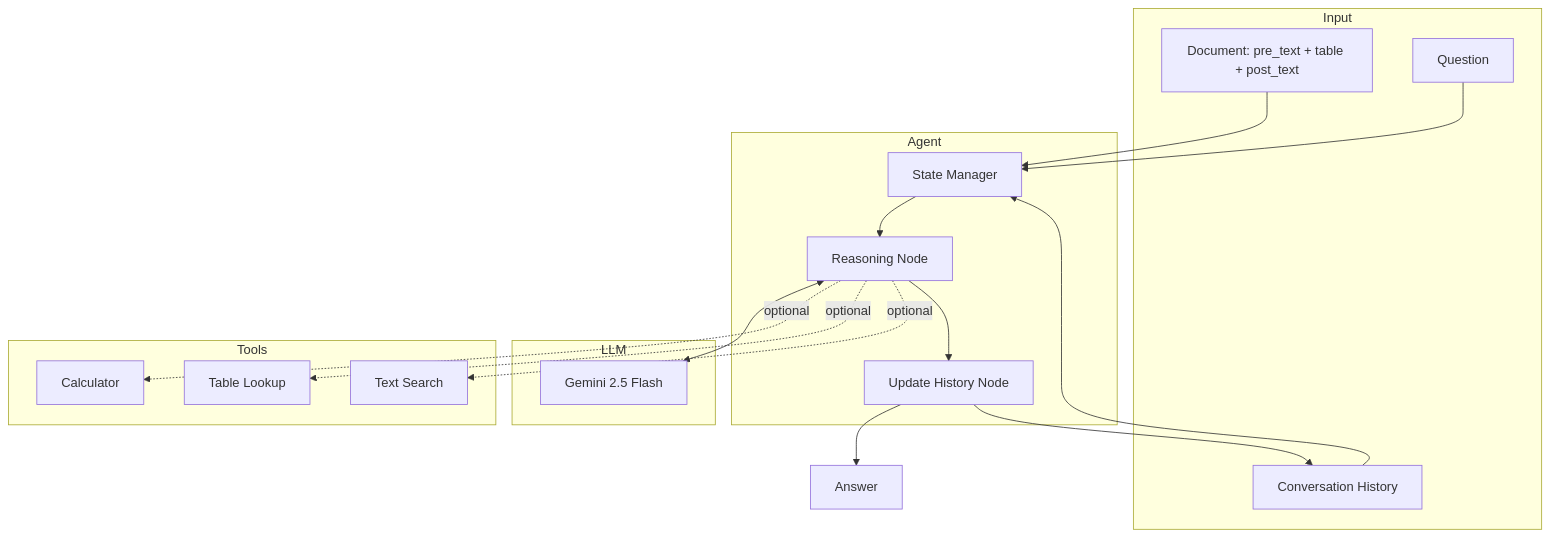
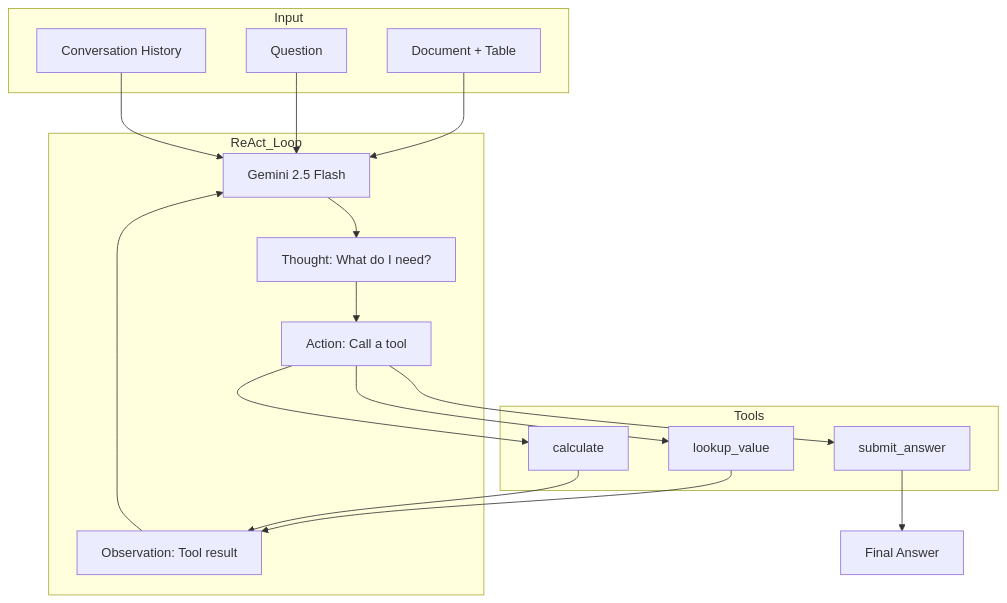
One commit to sophiex59/convfinqa-agent changed the diagram in docs/implementation_plan.md. Above: the diagram before and after it, drawn with Mermaid. The commit also changed other lines of this file and 2 other files, not shown here.

Commit message:
feat: tool implementation discussion

````diff
--- a/docs/implementation_plan.md
+++ b/docs/implementation_plan.md
@@ -17,36 +142,34 @@
 ```mermaid
 flowchart TB
     subgraph Input
-        D[Document: pre_text + table + post_text]
+        D[Document + Table]
         Q[Question]
         H[Conversation History]
     end
 
-    subgraph Agent
-        S[State Manager]
-        R[Reasoning Node]
-        U[Update History Node]
-    end
-
-    subgraph LLM
-        G[Gemini 2.5 Flash]
+    subgraph ReAct_Loop
+        LLM[Gemini 2.5 Flash]
+        Think[Thought: What do I need?]
+        Act[Action: Call a tool]
+        Observe[Observation: Tool result]
     end
 
     subgraph Tools
-        C[Calculator]
-        T[Table Lookup]
-        X[Text Search]
+        L[lookup_value]
+        C[calculate]
+        S[submit_answer]
     end
 
-    D --> S
-    Q --> S
-    H --> S
-    S --> R
-    R <--> G
-    R -.->|optional| C
-    R -.->|optional| T
-    R -.->|optional| X
-    R --> U
-    U --> A[Answer]
-    U --> H
+    D --> LLM
+    Q --> LLM
+    H --> LLM
+    
+    LLM --> Think
+    Think --> Act
+    Act --> L & C
+    L & C --> Observe
+    Observe --> LLM
+    
+    Act --> S
+    S --> Answer[Final Answer]
 ```
````
